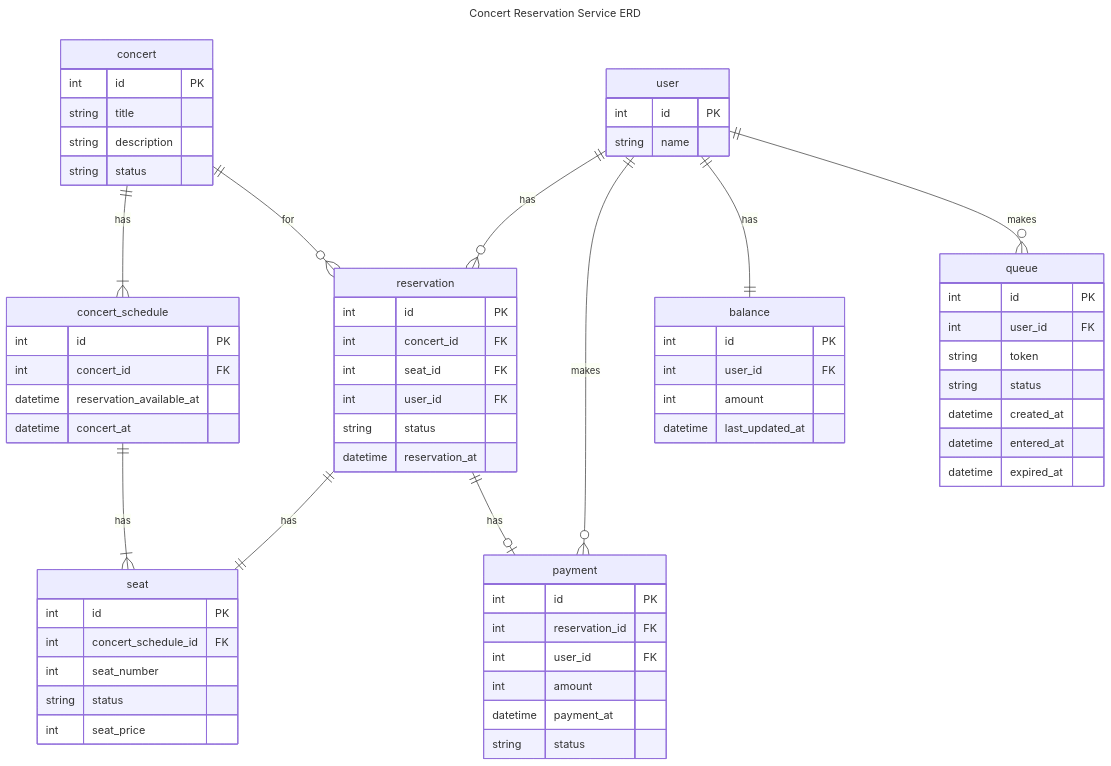
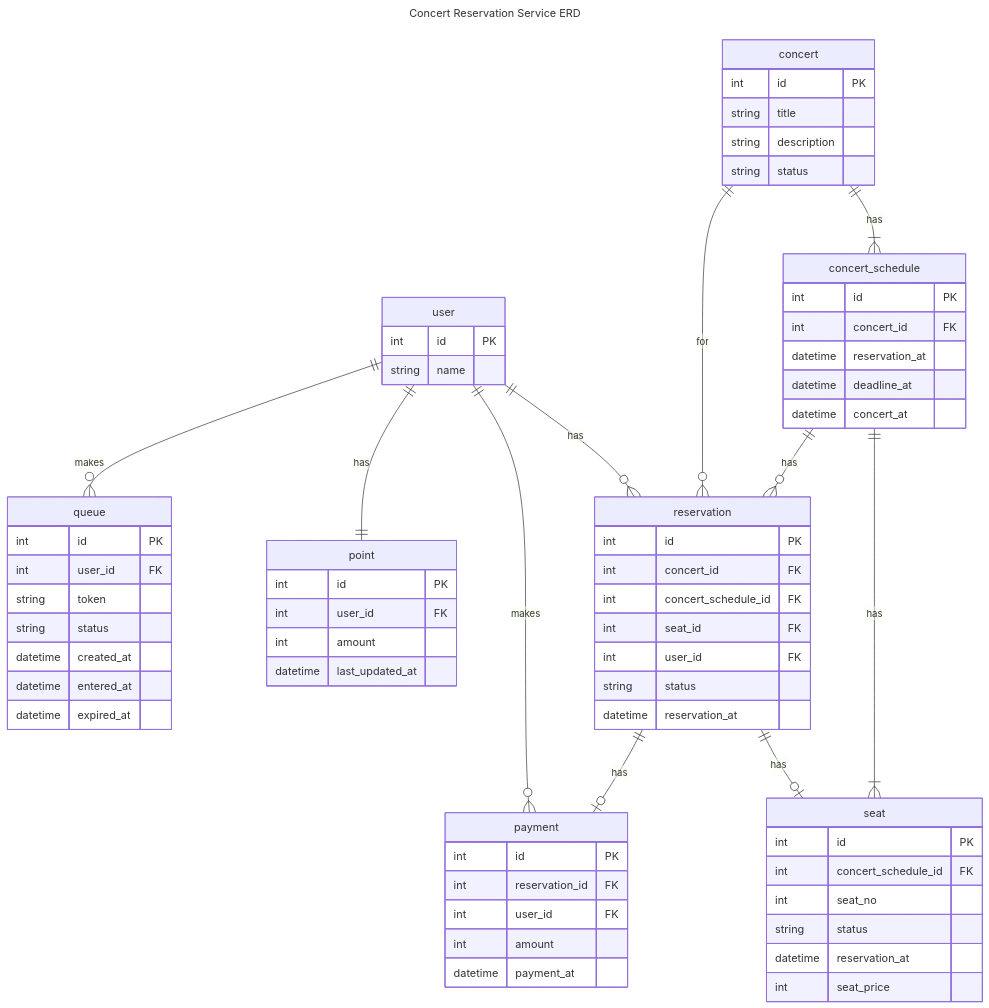
One commit to Goryeojin/hhplus-concert changed the diagram in docs/03_ERD.md. Above: the diagram before and after it, drawn with Mermaid. The commit also changed 2 other files, not shown here.

Commit message:
docs: Chapter2 회고록 작성 및 docs 수정

````diff
--- a/docs/03_ERD.md
+++ b/docs/03_ERD.md
@@ -1,74 +1,77 @@
 ```mermaid
 ---
 title: Concert Reservation Service ERD
 ---
 erDiagram
     user ||--o{ reservation : has
     user ||--o{ payment : makes
-    user ||--|| balance : has
+    user ||--|| point : has
     user ||--o{ queue : makes
     concert ||--|{ concert_schedule : has
     concert ||--o{ reservation : for
     concert_schedule ||--|{ seat : has
-    reservation ||--|| seat : has
+    concert_schedule ||--o{ reservation : has
+    reservation ||--o| seat : has
     reservation ||--o| payment : has
 
     concert {
         int id PK
         string title
         string description
         string status
     }
     concert_schedule {
         int id PK
         int concert_id FK
-        datetime reservation_available_at
+        datetime reservation_at
+        datetime deadline_at
         datetime concert_at
     }
     seat {
         int id PK
         int concert_schedule_id FK
-        int seat_number
+        int seat_no
         string status
+        datetime reservation_at
         int seat_price
     }
 		
     reservation {
         int id PK
         int concert_id FK
+        int concert_schedule_id FK
         int seat_id FK
         int user_id FK
         string status
         datetime reservation_at
     }
 
     payment {
         int id PK
         int reservation_id FK
         int user_id FK
         int amount
         datetime payment_at
-        string status
     }
 
-    balance {
+    point {
         int id PK
         int user_id FK
         int amount
         datetime last_updated_at
     }
 
     queue {
         int id PK
         int user_id FK
         string token
         string status
         datetime created_at
         datetime entered_at
         datetime expired_at
     }
     user {
         int id PK
         string name
     }
 ```
````
